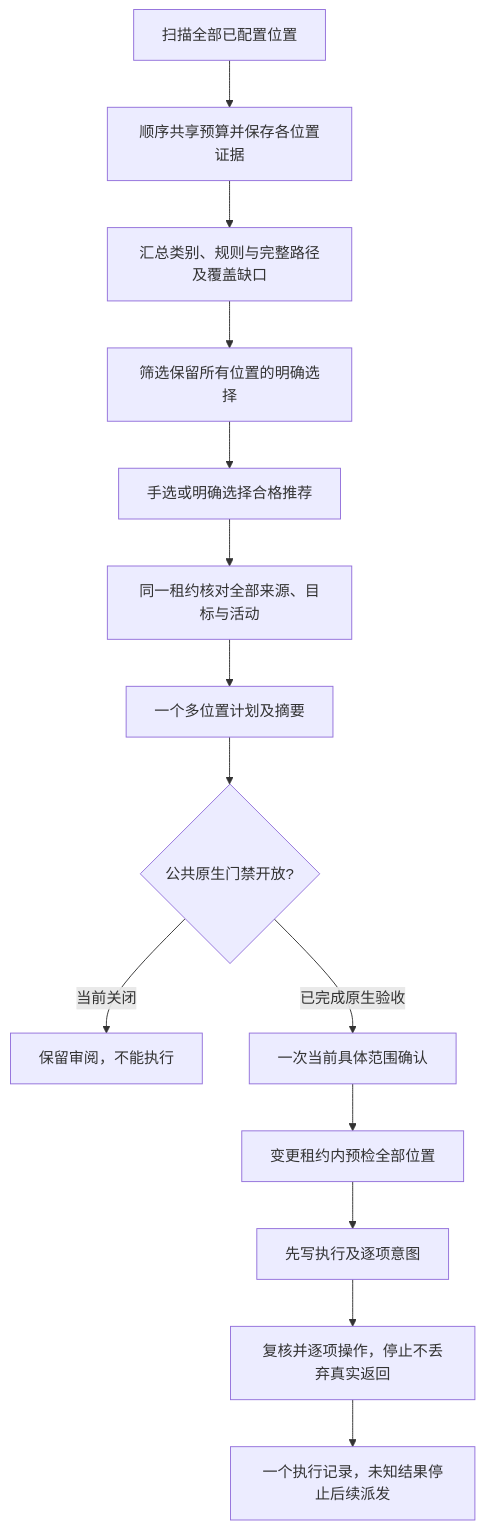
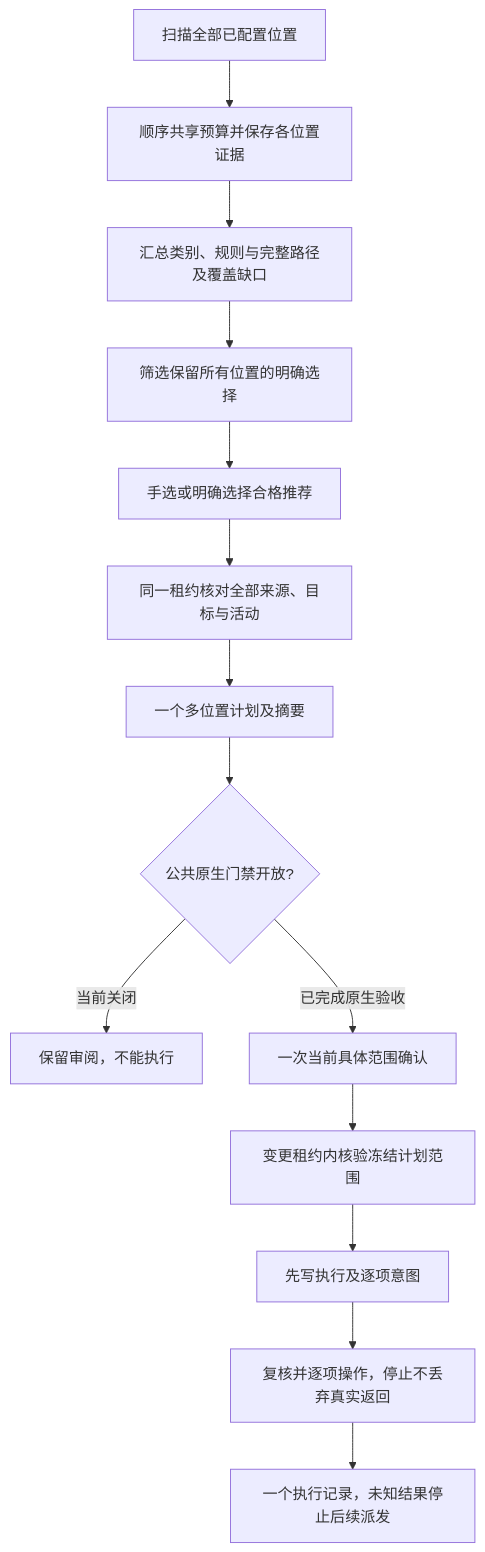
The first of 5 diagrams in docs/zh-CN/product/unified-cleanup.md (limecloud/shou), drawn with Mermaid before and after one commit. The commit also changed other lines of this file and 162 other files, not shown here.

````diff
--- a/docs/zh-CN/product/unified-cleanup.md
+++ b/docs/zh-CN/product/unified-cleanup.md
@@ -27,16 +27,16 @@
 ```mermaid
 flowchart TD
     Start[扫描全部已配置位置] --> Read[顺序共享预算并保存各位置证据]
     Read --> Results[汇总类别、规则与完整路径及覆盖缺口]
     Results --> Filter[筛选保留所有位置的明确选择]
     Filter --> Select[手选或明确选择合格推荐]
     Select --> Verify[同一租约核对全部来源、目标与活动]
     Verify --> Plan[一个多位置计划及摘要]
     Plan --> Gate{公共原生门禁开放?}
     Gate -->|当前关闭| Review[保留审阅，不能执行]
     Gate -->|已完成原生验收| Confirm[一次当前具体范围确认]
-    Confirm --> Preflight[变更租约内预检全部位置]
+    Confirm --> Preflight[变更租约内核验冻结计划范围]
     Preflight --> Intent[先写执行及逐项意图]
     Intent --> Mutation[复核并逐项操作，停止不丢弃真实返回]
     Mutation --> Receipt[一个执行记录，未知结果停止后续派发]
 ```
````
